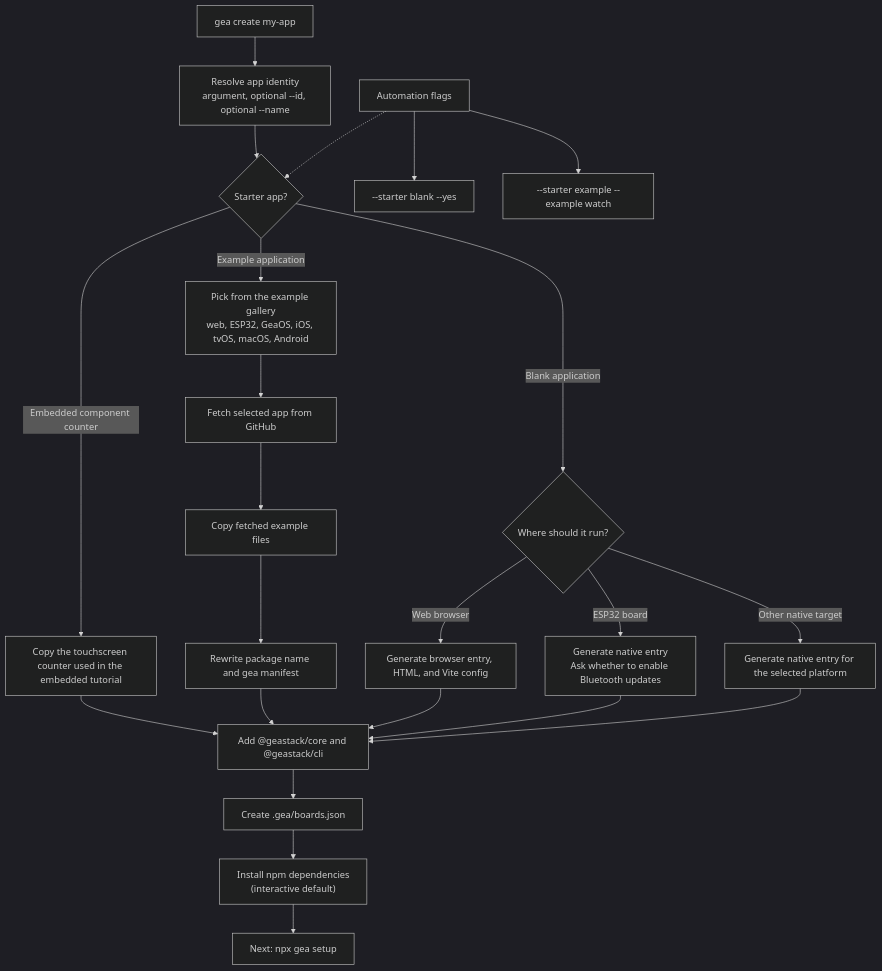
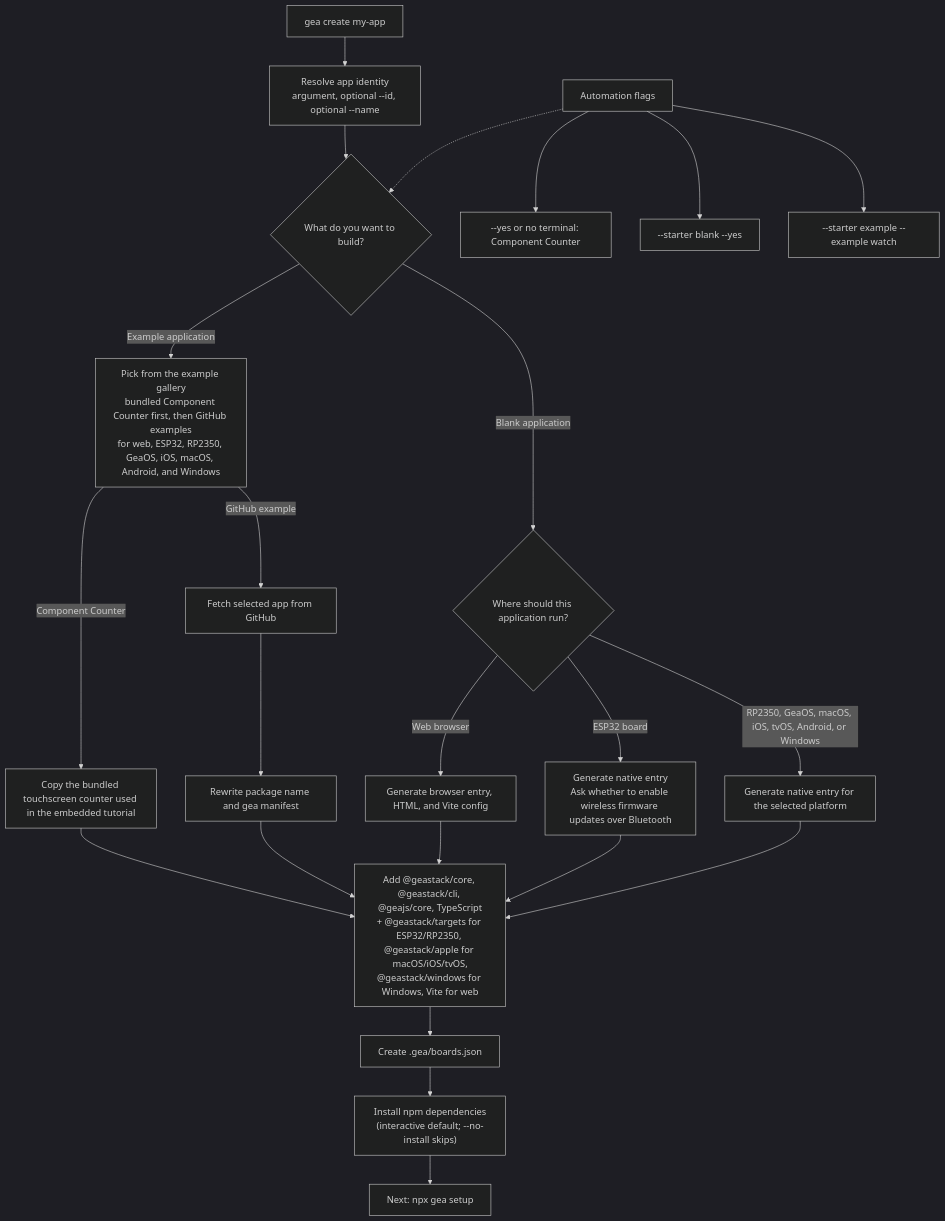
The first of 2 diagrams in README.md (geastack/cli), drawn with Mermaid (dark theme) before and after one commit. The commit also changed other lines of this file and 23 other files, not shown here.

First line of the commit message:
gea run --target macos, pinned ESP-IDF setup, and fixes found by following the READMEs from fresh clones

````diff
--- a/README.md
+++ b/README.md
@@ -29,30 +32,29 @@
 ```mermaid
 flowchart TD
   create["gea create my-app"] --> identity["Resolve app identity<br/>argument, optional --id, optional --name"]
-  identity --> starter{"Starter app?"}
+  identity --> starter{"What do you want to build?"}
 
-  starter -->|"Embedded component counter"| counter["Copy the touchscreen counter used in the embedded tutorial"]
+  starter -->|"Blank application"| emptyTarget{"Where should this application run?"}
+  emptyTarget -->|"Web browser"| emptyWeb["Generate browser entry, HTML, and Vite config"]
+  emptyTarget -->|"ESP32 board"| emptyEsp["Generate native entry<br/>Ask whether to enable wireless firmware updates over Bluetooth"]
+  emptyTarget -->|"RP2350, GeaOS, macOS, iOS, tvOS, Android, or Windows"| emptyNative["Generate native entry for the selected platform"]
 
-  starter -->|"Blank application"| emptyTarget{"Where should it run?"}
-  emptyTarget -->|"Web browser"| emptyWeb["Generate browser entry, HTML, and Vite config"]
-  emptyTarget -->|"ESP32 board"| emptyEsp["Generate native entry<br/>Ask whether to enable Bluetooth updates"]
-  emptyTarget -->|"Other native target"| emptyNative["Generate native entry for the selected platform"]
+  starter -->|"Example application"| pickExample["Pick from the example gallery<br/>bundled Component Counter first, then GitHub examples<br/>for web, ESP32, RP2350, GeaOS, iOS, macOS, Android, and Windows"]
+  pickExample -->|"Component Counter"| counter["Copy the bundled touchscreen counter used in the embedded tutorial"]
+  pickExample -->|"GitHub example"| fetchExample["Fetch selected app from GitHub"]
+  fetchExample --> rewriteExample["Rewrite package name and gea manifest"]
 
-  starter -->|"Example application"| pickExample["Pick from the example gallery<br/>web, ESP32, GeaOS, iOS, tvOS, macOS, Android"]
-  pickExample --> fetchExample["Fetch selected app from GitHub"]
-  fetchExample --> copyExample["Copy fetched example files"]
-  copyExample --> rewriteExample["Rewrite package name and gea manifest"]
-
-  counter --> projectWiring["Add @geastack/core and @geastack/cli"]
-  rewriteExample --> projectWiring["Add @geastack/core and @geastack/cli"]
+  counter --> projectWiring["Add @geastack/core, @geastack/cli, @geajs/core, TypeScript<br/>+ @geastack/targets for ESP32/RP2350, @geastack/apple for macOS/iOS/tvOS,<br/>@geastack/windows for Windows, Vite for web"]
+  rewriteExample --> projectWiring
   emptyWeb --> projectWiring
   emptyEsp --> projectWiring
   emptyNative --> projectWiring
   projectWiring --> boardConfig["Create .gea/boards.json"]
-  boardConfig --> install["Install npm dependencies<br/>(interactive default)"]
+  boardConfig --> install["Install npm dependencies<br/>(interactive default; --no-install skips)"]
   install --> setup["Next: npx gea setup"]
 
   auto["Automation flags"] -.-> starter
+  auto --> autoCounter["--yes or no terminal: Component Counter"]
   auto --> autoEmpty["--starter blank --yes"]
   auto --> autoExample["--starter example --example watch"]
 ```
````
